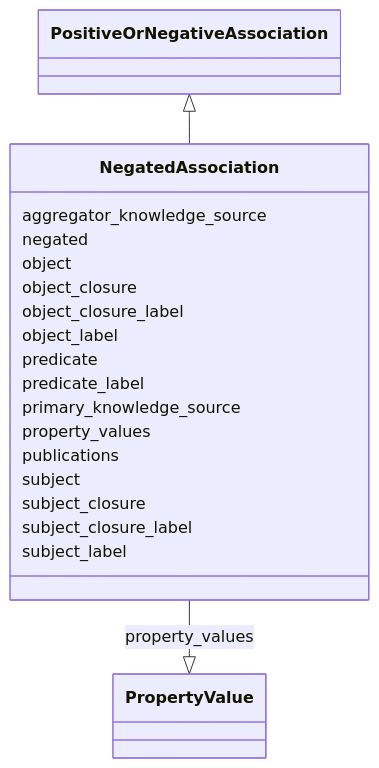
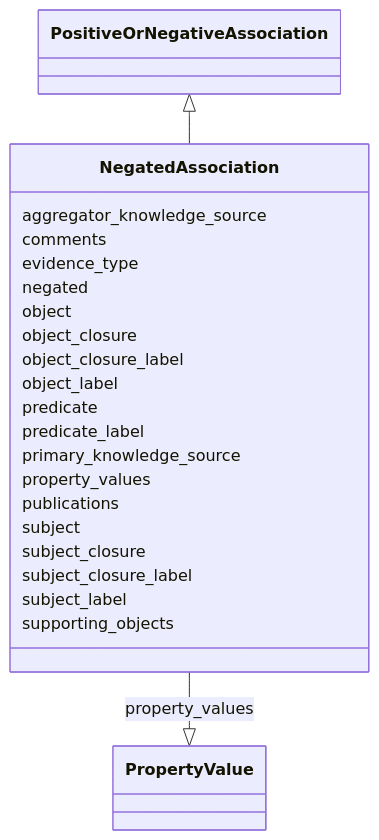
Before and after one commit to INCATools/ontology-access-kit: the diagram in association/NegatedAssociation.md, drawn with Mermaid. The commit also changed other lines of this file and 54 other files, not shown here.

````diff
--- a/association/NegatedAssociation.md
+++ b/association/NegatedAssociation.md
@@ -15,39 +15,45 @@
 ```{mermaid}
  classDiagram
     class NegatedAssociation
       PositiveOrNegativeAssociation <|-- NegatedAssociation
       
       NegatedAssociation : aggregator_knowledge_source
+        
+      NegatedAssociation : comments
+        
+      NegatedAssociation : evidence_type
         
       NegatedAssociation : negated
         
       NegatedAssociation : object
         
       NegatedAssociation : object_closure
         
       NegatedAssociation : object_closure_label
         
       NegatedAssociation : object_label
         
       NegatedAssociation : predicate
         
       NegatedAssociation : predicate_label
         
       NegatedAssociation : primary_knowledge_source
         
       NegatedAssociation : property_values
         
           NegatedAssociation --|> PropertyValue : property_values
         
       NegatedAssociation : publications
         
       NegatedAssociation : subject
         
       NegatedAssociation : subject_closure
         
       NegatedAssociation : subject_closure_label
         
       NegatedAssociation : subject_label
         
+      NegatedAssociation : supporting_objects
+        
       
 ```
````
